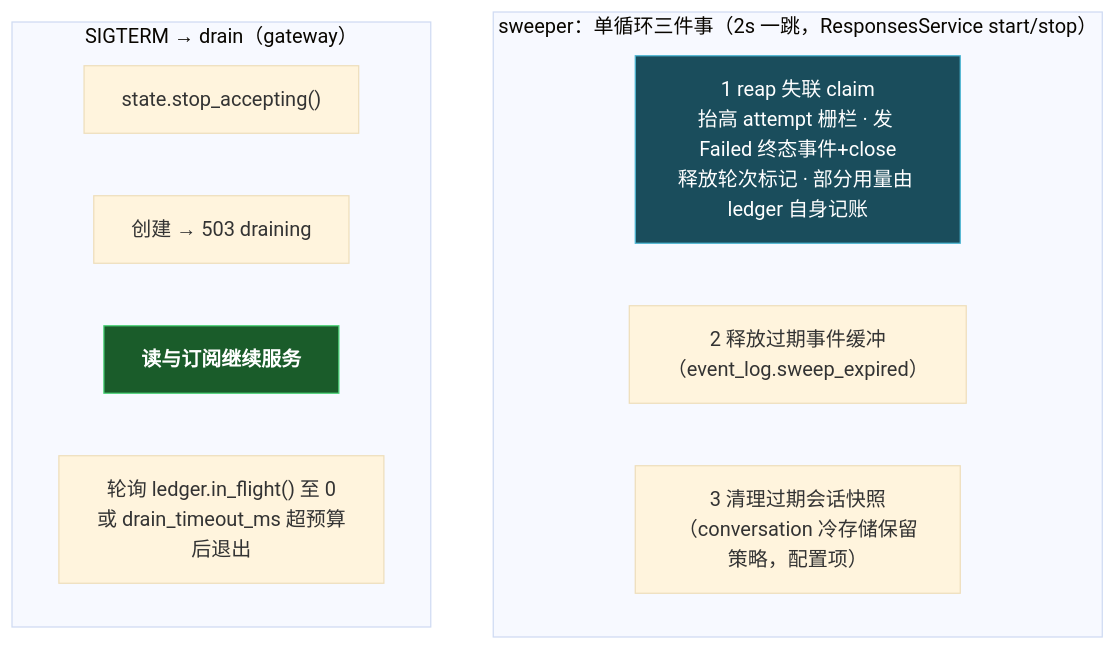
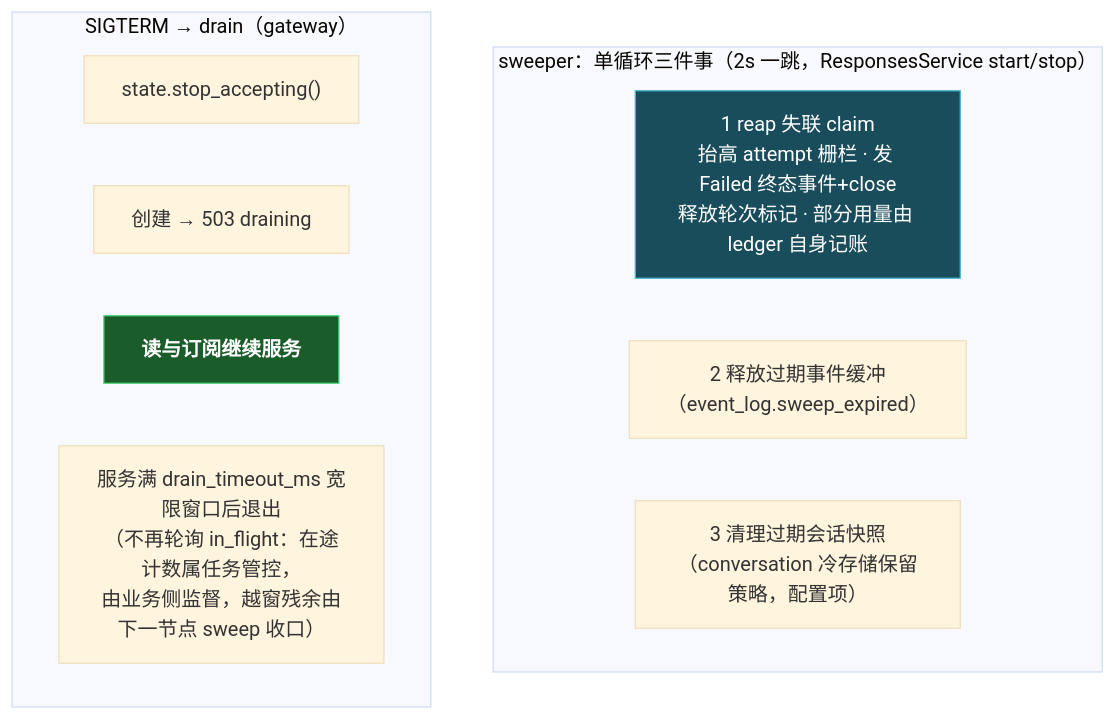
Before and after one commit to charleslyh/nova-chat: the eighth of 8 diagrams in docs/design/00-architecture-review.md, drawn with Mermaid (base theme). The commit also changed other lines of this file and 85 other files, not shown here.

````diff
--- a/docs/design/00-architecture-review.md
+++ b/docs/design/00-architecture-review.md
@@ -607,18 +602,18 @@
 ```mermaid
 graph TB
     subgraph SW["sweeper：单循环三件事（2s 一跳，ResponsesService start/stop）"]
         T1["1 reap 失联 claim<br/>抬高 attempt 栅栏 · 发 Failed 终态事件+close<br/>释放轮次标记 · 部分用量由 ledger 自身记账"]
         T2["2 释放过期事件缓冲（event_log.sweep_expired）"]
         T3["3 清理过期会话快照（conversation 冷存储保留策略，配置项）"]
     end
 
     subgraph DR["SIGTERM → drain（gateway）"]
         D1["state.stop_accepting()"]
         D2["创建 → 503 draining"]
         D3["<b>读与订阅继续服务</b>"]
-        D4["轮询 ledger.in_flight() 至 0<br/>或 drain_timeout_ms 超预算后退出"]
+        D4["服务满 drain_timeout_ms 宽限窗口后退出<br/>（不再轮询 in_flight：在途计数属任务管控，<br/>由业务侧监督，越窗残余由下一节点 sweep 收口）"]
     end
 
     style T1 fill:#1a4d5c,stroke:#4db8d4,color:#fff
     style D3 fill:#1a5c2a,stroke:#4dd47a,color:#fff
 ```
````
